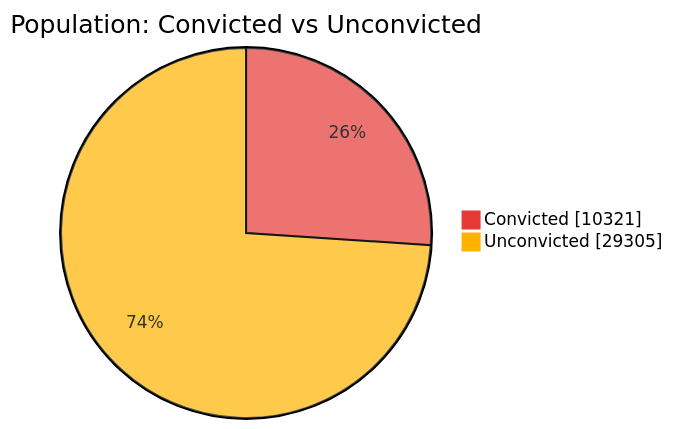
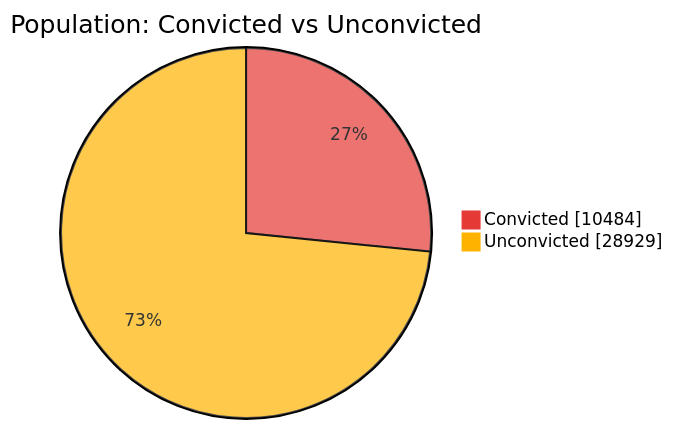
Before and after one commit to nuuuwan/lk_prisons: the first of 7 diagrams in README.md, drawn with Mermaid. The commit also changed other lines of this file and 1 other file, not shown here.

````diff
--- a/README.md
+++ b/README.md
@@ -43,6 +43,6 @@
 ```mermaid
 %%{init: {'themeVariables': {'pie1': '#E53935', 'pie2': '#FFB300'}}}%%
 pie showData title Population: Convicted vs Unconvicted
-    "Convicted" : 10321
-    "Unconvicted" : 29305
+    "Convicted" : 10484
+    "Unconvicted" : 28929
 ```
````
